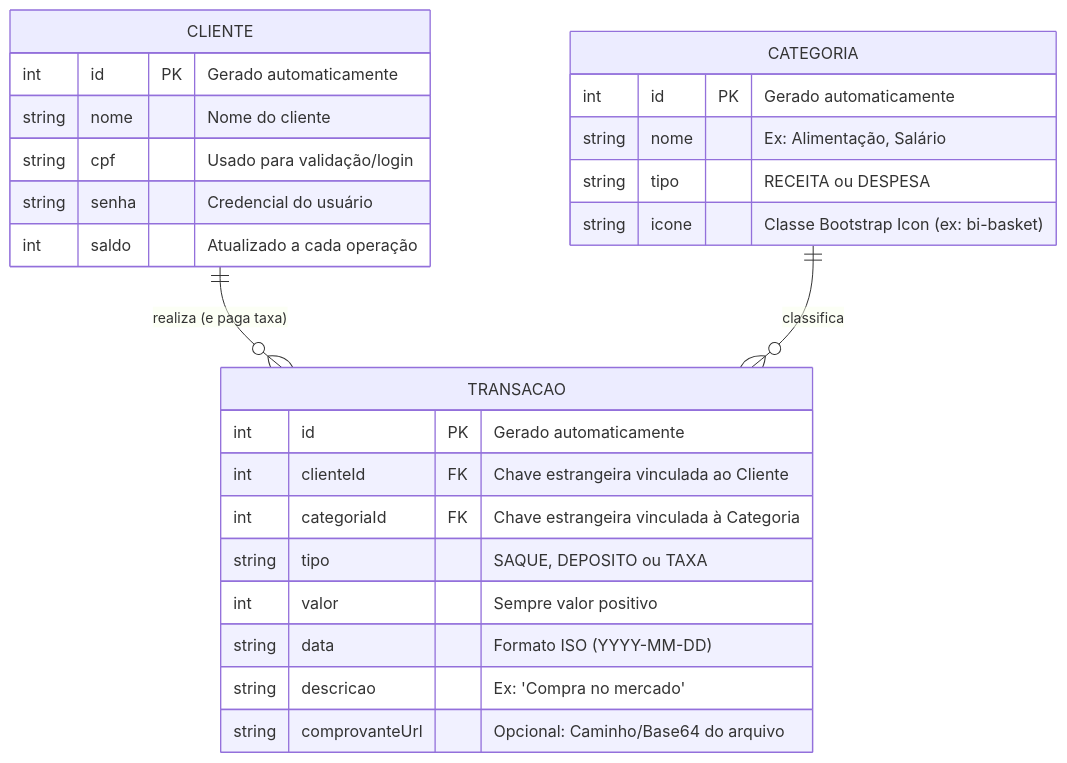
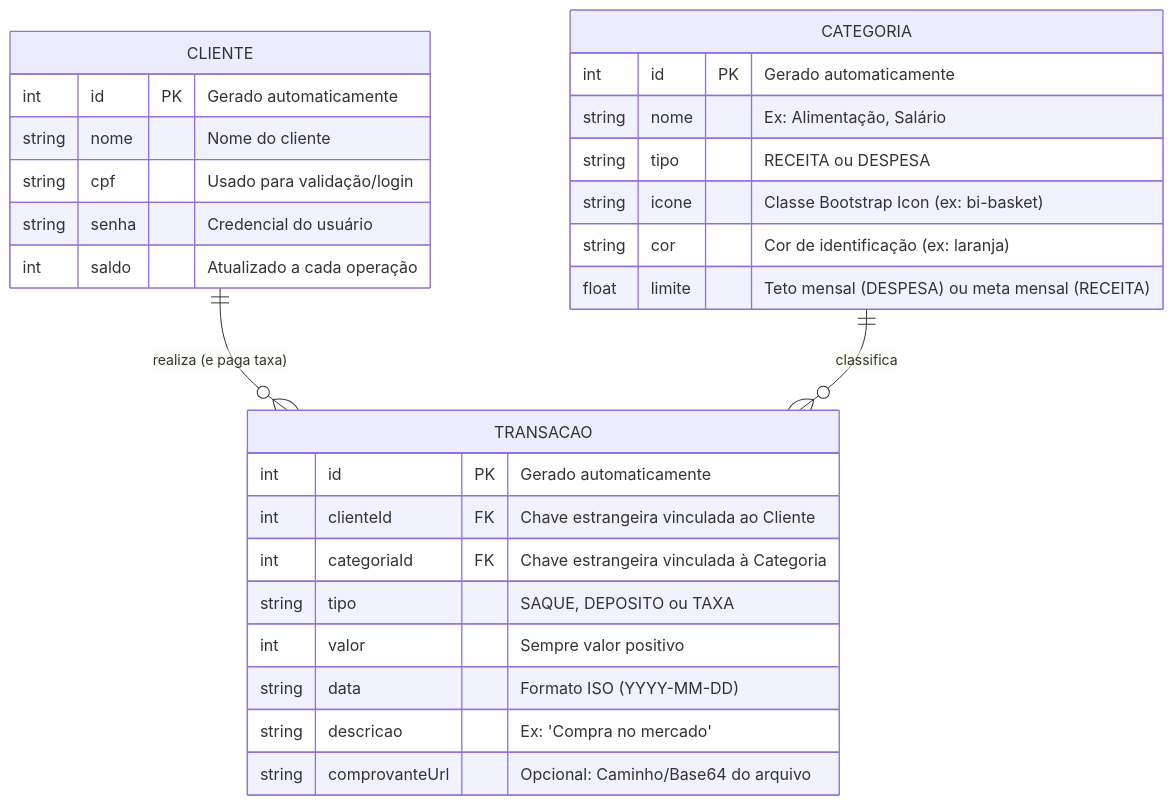
The second of 2 diagrams in docs/architecture.md (flpiensen/sobrou-quanto), drawn with Mermaid before and after one commit. The commit also changed other lines of this file and 2 other files, not shown here.

First line of the commit message:
Adiciona limite mensal ao cadastro de categoria

````diff
--- a/docs/architecture.md
+++ b/docs/architecture.md
@@ -58,31 +58,33 @@
 ```mermaid
 erDiagram
     CLIENTE ||--o{ TRANSACAO : "realiza (e paga taxa)"
     CATEGORIA ||--o{ TRANSACAO : "classifica"
 
     CLIENTE {
         int id PK "Gerado automaticamente"
         string nome "Nome do cliente"
         string cpf "Usado para validação/login"
         string senha "Credencial do usuário"
         int saldo "Atualizado a cada operação"
     }
 
     CATEGORIA {
         int id PK "Gerado automaticamente"
         string nome "Ex: Alimentação, Salário"
         string tipo "RECEITA ou DESPESA"
         string icone "Classe Bootstrap Icon (ex: bi-basket)"
+        string cor "Cor de identificação (ex: laranja)"
+        float limite "Teto mensal (DESPESA) ou meta mensal (RECEITA)"
     }
 
     TRANSACAO {
         int id PK "Gerado automaticamente"
         int clienteId FK "Chave estrangeira vinculada ao Cliente"
         int categoriaId FK "Chave estrangeira vinculada à Categoria"
         string tipo "SAQUE, DEPOSITO ou TAXA"
         int valor "Sempre valor positivo"
         string data "Formato ISO (YYYY-MM-DD)"
         string descricao "Ex: 'Compra no mercado'"
         string comprovanteUrl "Opcional: Caminho/Base64 do arquivo"
     }
 ```
````
